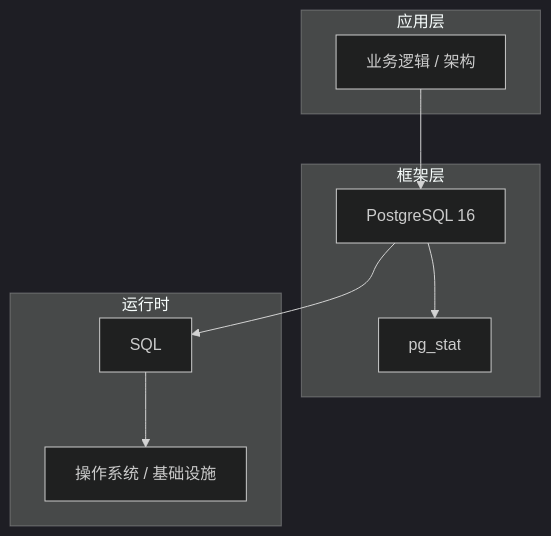
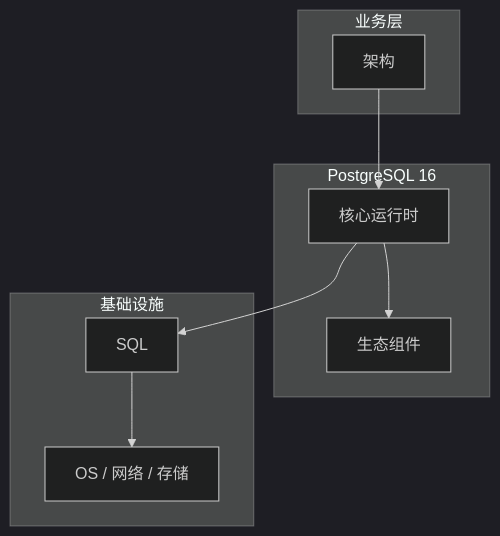
Before and after one commit to yanggan2015/knowledge-json-v2: the diagram in articles/PostgreSQL/chapters/007-架构核心概念与原理.md, drawn with Mermaid (dark theme). The commit also changed other lines of this file and 10127 other files, not shown here.

````diff
--- a/articles/PostgreSQL/chapters/007-架构核心概念与原理.md
+++ b/articles/PostgreSQL/chapters/007-架构核心概念与原理.md
@@ -45,18 +34,18 @@
 ```mermaid
 graph TB
-    subgraph 应用层
-        A[业务逻辑 / 架构]
+    subgraph 业务层
+        A[架构]
     end
-    subgraph 框架层
-        B[PostgreSQL 16]
-        C[pg_stat]
+    subgraph PostgreSQL 16
+        B[核心运行时]
+        C[生态组件]
     end
-    subgraph 运行时
+    subgraph 基础设施
         D[SQL]
-        E[操作系统 / 基础设施]
+        E[OS / 网络 / 存储]
     end
     A --> B
     B --> C
     B --> D
     D --> E
 ```
````
